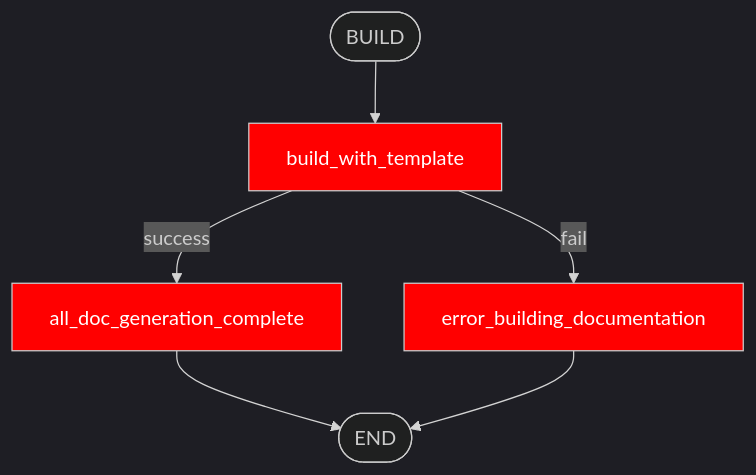
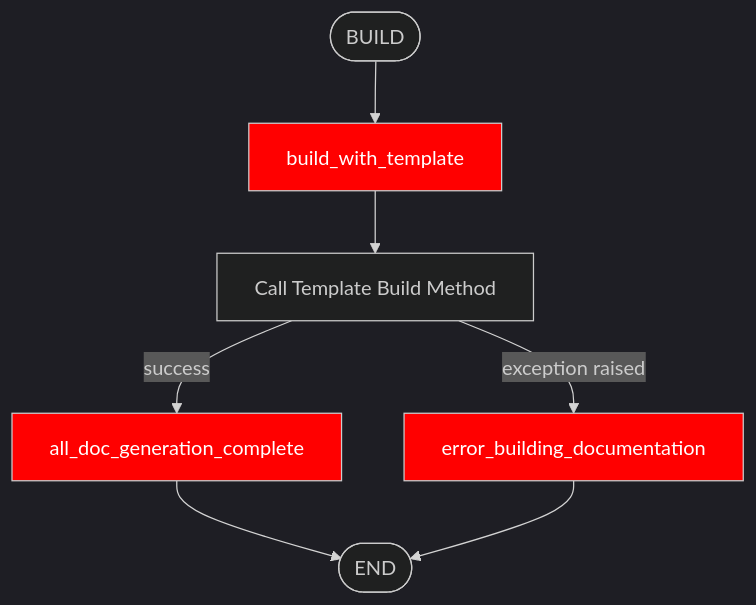
Before and after one commit to GraphicArtQuest/GraphicDocs: the third of 3 diagrams in docs/core.md, drawn with Mermaid. The commit also changed other lines of this file and 4 other files, not shown here.

````diff
--- a/docs/core.md
+++ b/docs/core.md
@@ -190,14 +200,14 @@
 ```mermaid
 %%{init: { 'theme':'dark', 'sequence': {'useMaxWidth':false} } }%%
 graph TD
     classDef action fill:red,color:white;
     classDef filter fill:blue,color:white;
 
     BUILD([BUILD]) --> build_with_template:::action
+    build_with_template --> template_build[Call Template Build Method]
 
-
-    build_with_template --> |success|all_doc_generation_complete:::action --> END
-    build_with_template --> |fail|error_building_documentation:::action --> END
+    template_build --> |success|all_doc_generation_complete:::action --> END
+    template_build --> |exception raised|error_building_documentation:::action --> END
 
     END([END])
 ```
````
